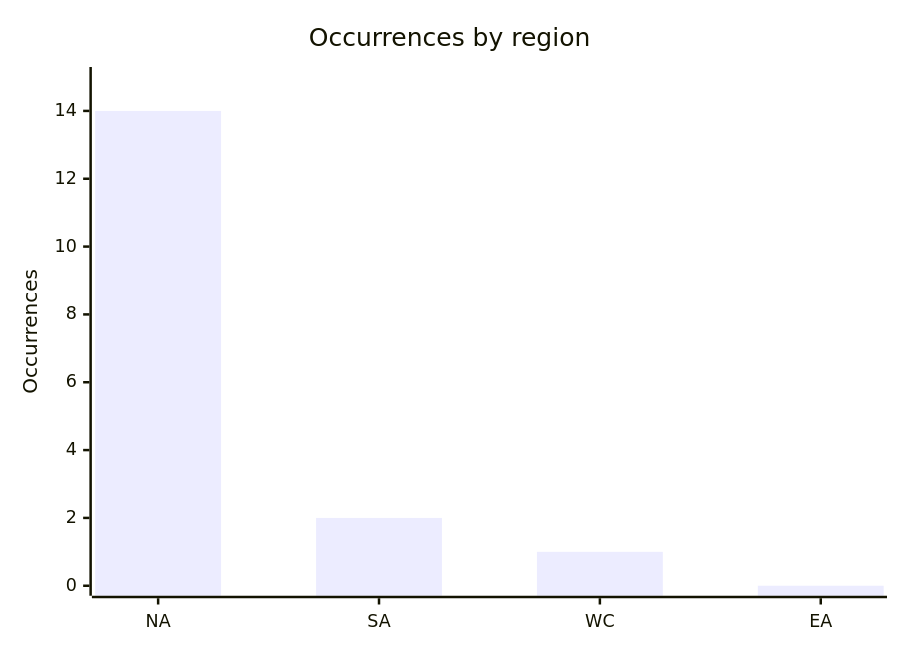
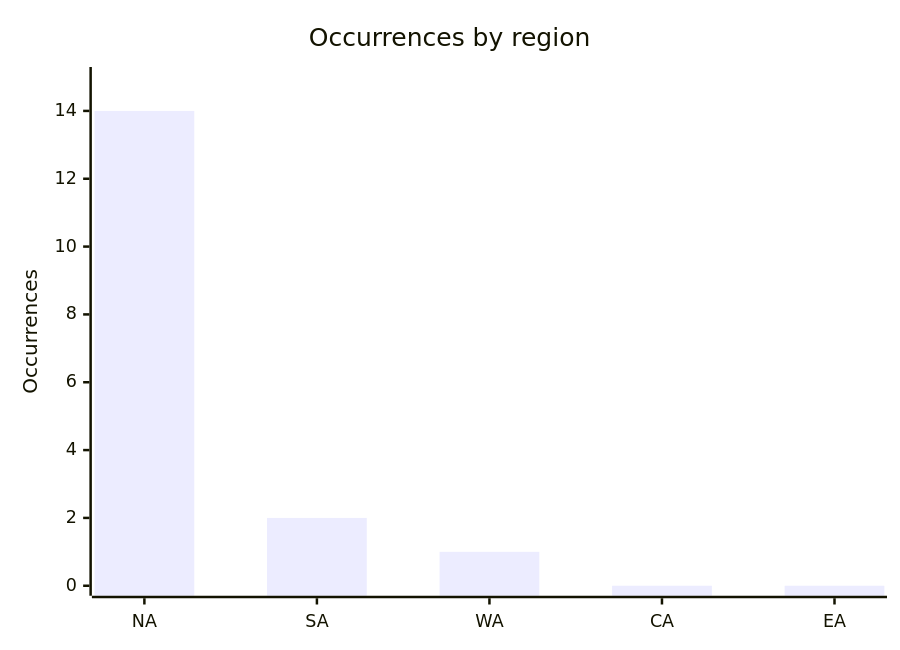
One commit to Hatchepsoute/AFRINTEL changed the fourth of 6 diagrams in CyberAttackAfrica/2025/04-april/README.md. Above: the diagram before and after it, drawn with Mermaid. The commit also changed other lines of this file and 109 other files, not shown here.

````diff
--- a/CyberAttackAfrica/2025/04-april/README.md
+++ b/CyberAttackAfrica/2025/04-april/README.md
@@ -137,7 +138,7 @@
 ```mermaid
 xychart
     title "Occurrences by region"
-    x-axis ["NA","SA","WC","EA"]
+    x-axis ["NA","SA","WA","CA","EA"]
     y-axis "Occurrences" 0 --> 15
-    bar [14,2,1,0]
+    bar [14,2,1,0,0]
 ```
````
